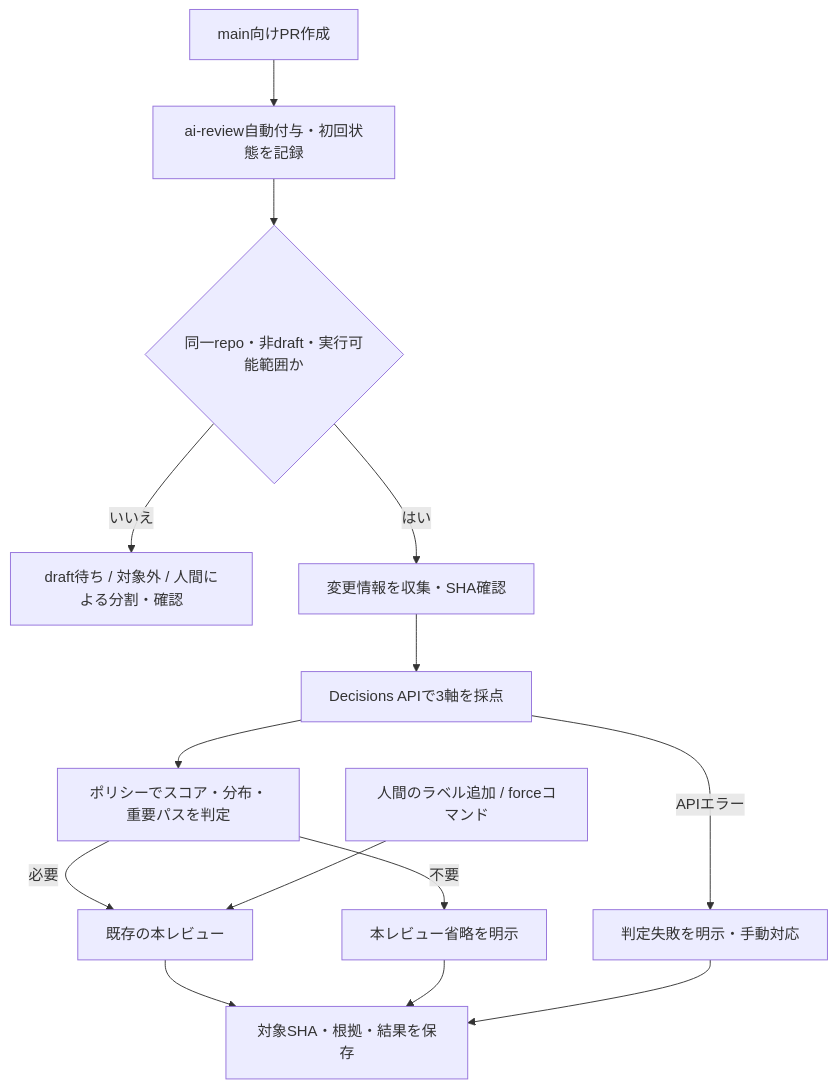
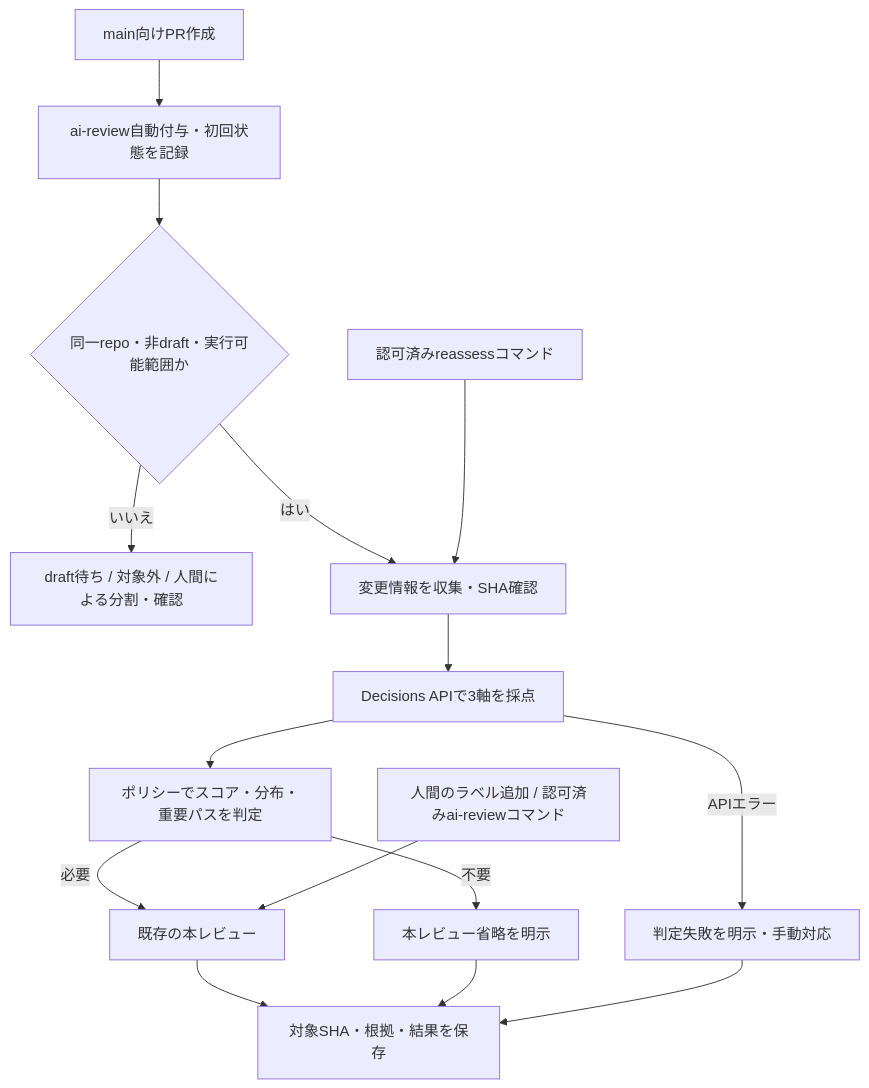
One commit to kzk-maeda/itoma changed the diagram in docs/ai-review-triage.md. Above: the diagram before and after it, drawn with Mermaid. The commit also changed other lines of this file and 1 other file, not shown here.

````diff
--- a/docs/ai-review-triage.md
+++ b/docs/ai-review-triage.md
@@ -66,16 +67,17 @@
 ```mermaid
 flowchart TD
     A[main向けPR作成] --> L[ai-review自動付与・初回状態を記録]
     L --> E{同一repo・非draft・実行可能範囲か}
     E -->|いいえ| H[draft待ち / 対象外 / 人間による分割・確認]
     E -->|はい| C[変更情報を収集・SHA確認]
     C --> D[Decisions APIで3軸を採点]
     D --> P[ポリシーでスコア・分布・重要パスを判定]
     P -->|必要| R[既存の本レビュー]
     P -->|不要| S[本レビュー省略を明示]
     D -->|APIエラー| X[判定失敗を明示・手動対応]
-    M[人間のラベル追加 / forceコマンド] --> R
+    M[人間のラベル追加 / 認可済みai-reviewコマンド] --> R
+    N[認可済みreassessコマンド] --> C
     R --> O[対象SHA・根拠・結果を保存]
     S --> O
     X --> O
 ```
````
